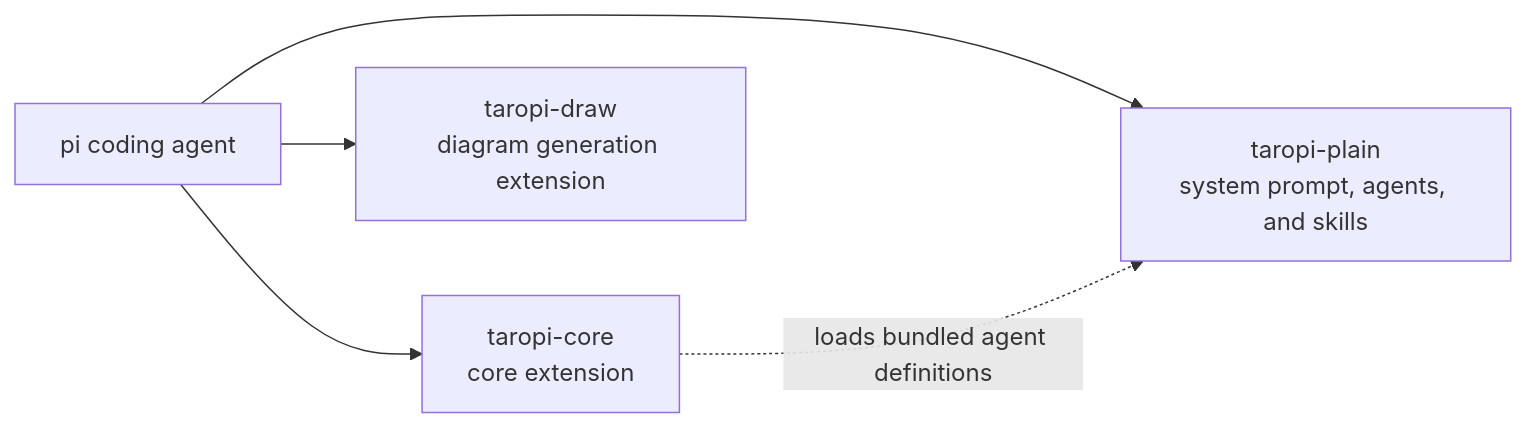
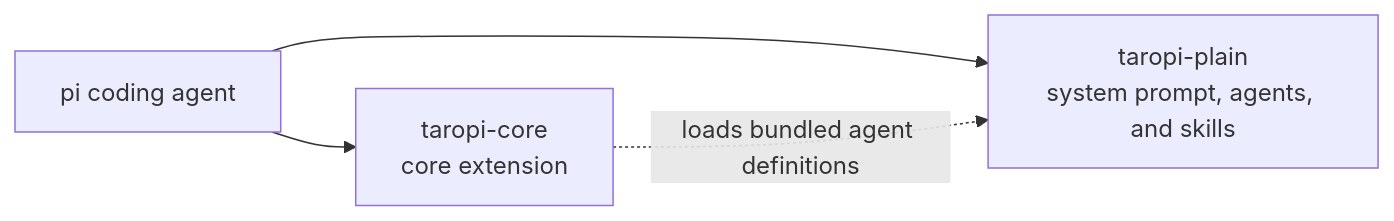
Before and after one commit to Veni222987/TaroPi: the diagram in README.en.md, drawn with Mermaid. The commit also changed other lines of this file and 22 other files, not shown here.

````diff
--- a/README.en.md
+++ b/README.en.md
@@ -9,12 +9,10 @@
 ```mermaid
 flowchart LR
   PI[pi coding agent]
   CORE[taropi-core\ncore extension]
-  DRAW[taropi-draw\ndiagram generation extension]
   PLAIN[taropi-plain\nsystem prompt, agents, and skills]
 
   PI --> CORE
-  PI --> DRAW
   PI --> PLAIN
   CORE -.loads bundled agent definitions.-> PLAIN
 ```
````
